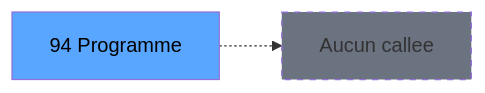
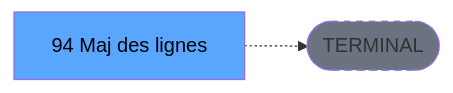
One commit to thonyAGP/lecteur-magic changed the third of 3 diagrams in .openspec/specs/ADH-IDE-94.md. Above: the diagram before and after it, drawn with Mermaid. The commit also changed other lines of this file and 701 other files, not shown here.

````diff
--- a/.openspec/specs/ADH-IDE-94.md
+++ b/.openspec/specs/ADH-IDE-94.md
@@ -141,8 +137,8 @@
 ```mermaid
 graph LR
-    T[94 Programme]
-    NONE[Aucun callee]
-    T -.-> NONE
+    T[94 Maj des lignes ]
+    TERM([TERMINAL])
+    T -.-> TERM
+    style TERM fill:#6b7280,stroke-dasharray: 5 5
     style T fill:#58a6ff,color:#000
-    style NONE fill:#6b7280,stroke-dasharray: 5 5
 ```
````
